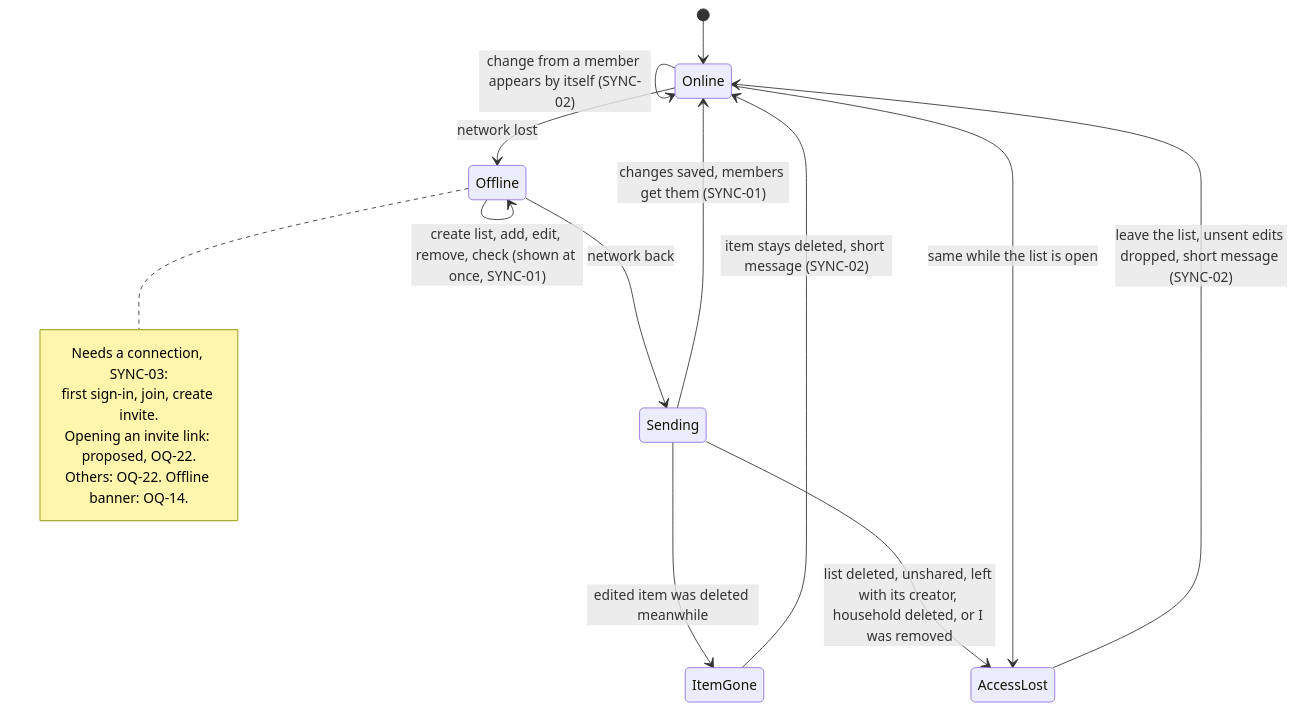
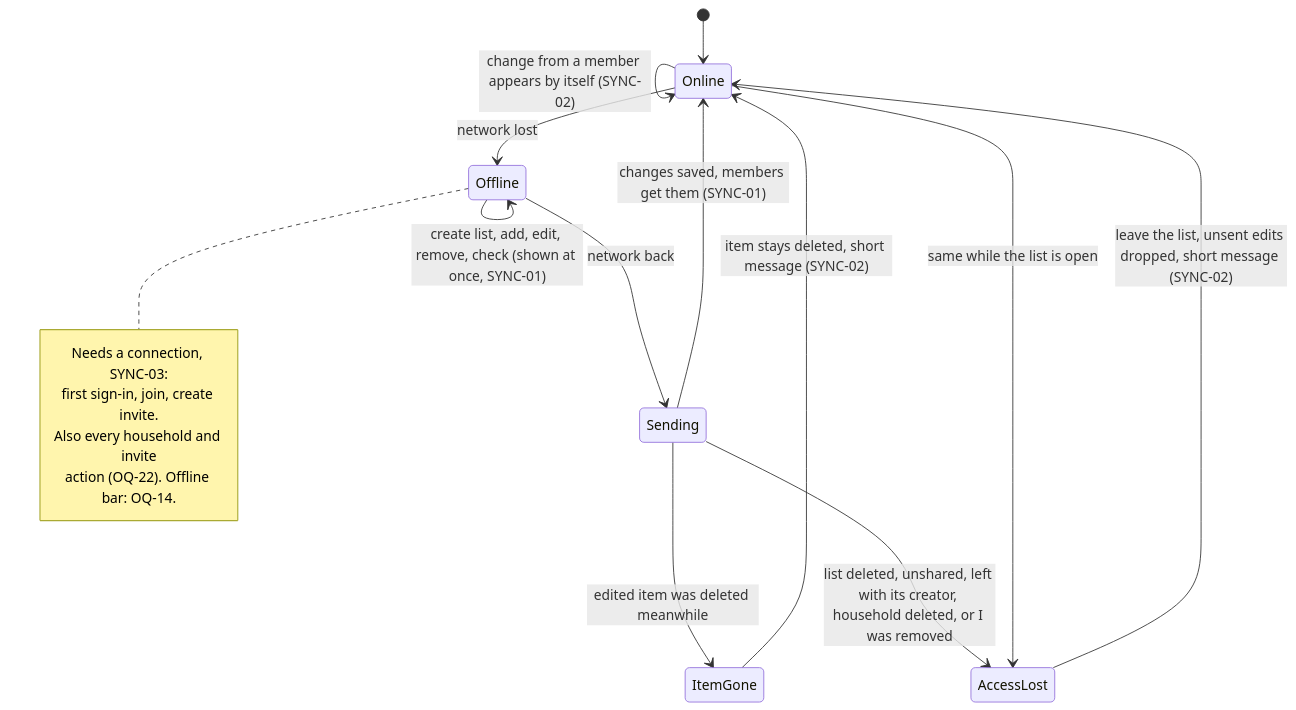
One commit to bondo/listicles2 changed the seventh of 10 diagrams in docs/product/flow.md. Above: the diagram before and after it, drawn with Mermaid. The commit also changed other lines of this file and 2 other files, not shown here.

First line of the commit message:
M0.5-03: draft visual-quality rubric; flow.md follows the owner decisions OQ-8..10, 14, 20..22

````diff
--- a/docs/product/flow.md
+++ b/docs/product/flow.md
@@ -186,20 +185,20 @@
 ```mermaid
 stateDiagram-v2
     [*] --> Online
     Online --> Offline: network lost
     Offline --> Offline: create list, add, edit, remove, check (shown at once, SYNC-01)
     Offline --> Sending: network back
     Sending --> Online: changes saved, members get them (SYNC-01)
     Online --> Online: change from a member appears by itself (SYNC-02)
     Sending --> ItemGone: edited item was deleted meanwhile
     ItemGone --> Online: item stays deleted, short message (SYNC-02)
     Sending --> AccessLost: list deleted, unshared, left with its creator, household deleted, or I was removed
     Online --> AccessLost: same while the list is open
     AccessLost --> Online: leave the list, unsent edits dropped, short message (SYNC-02)
     note right of Offline
         Needs a connection, SYNC-03:
         first sign-in, join, create invite.
-        Opening an invite link: proposed, OQ-22.
-        Others: OQ-22. Offline banner: OQ-14.
+        Also every household and invite
+        action (OQ-22). Offline bar: OQ-14.
     end note
 ```
````
